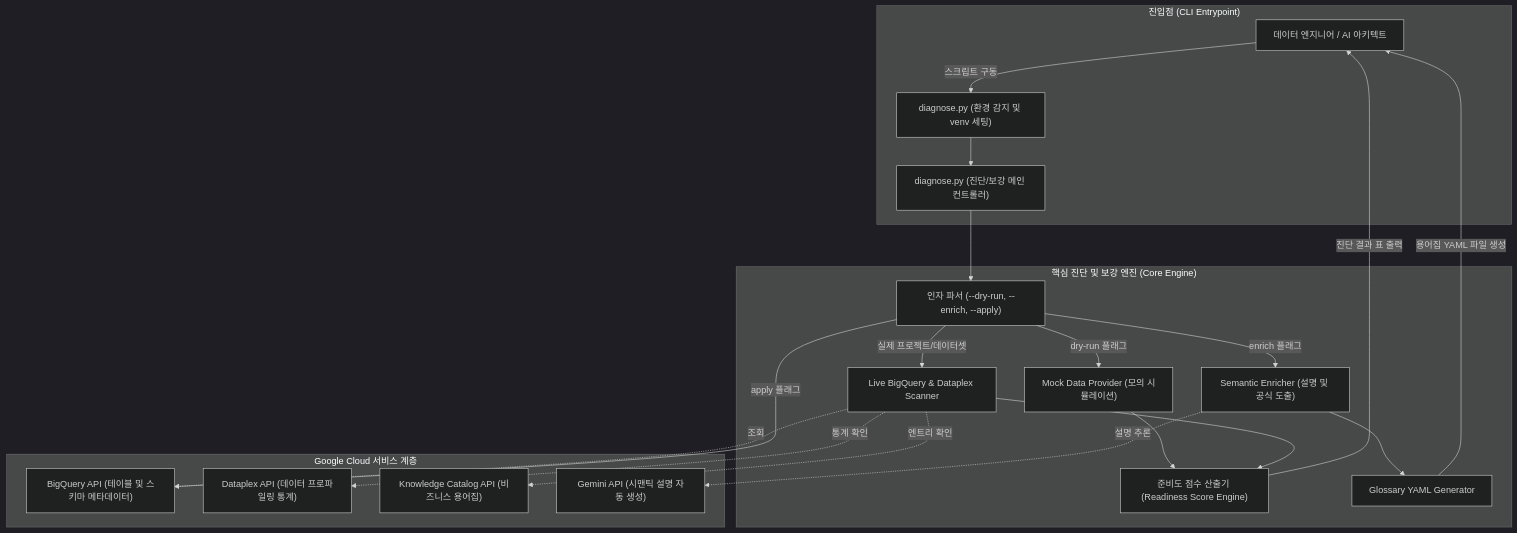
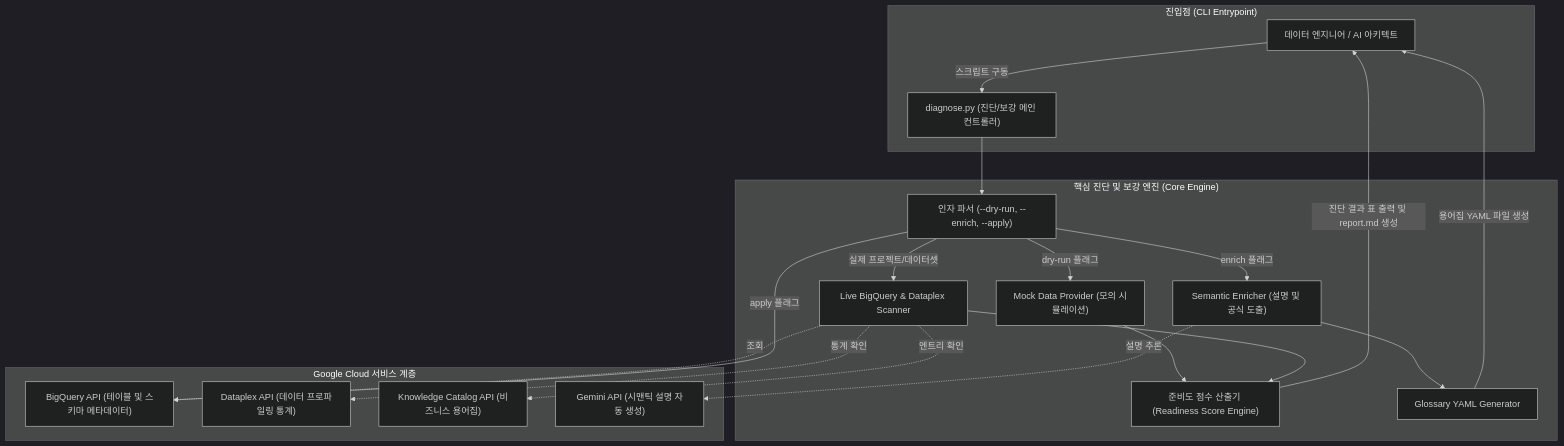
Before and after one commit to jiangjun-forge/google-cloud-0-to-1: the diagram in samples/bigquery-data-agent-semantic-enricher/docs/TDD.md, drawn with Mermaid (dark theme). The commit also changed other lines of this file and 193 other files, not shown here.

````diff
--- a/samples/bigquery-data-agent-semantic-enricher/docs/TDD.md
+++ b/samples/bigquery-data-agent-semantic-enricher/docs/TDD.md
@@ -33,41 +33,39 @@
 ```mermaid
 flowchart TD
     subgraph CLI_Entry["진입점 (CLI Entrypoint)"]
         User["데이터 엔지니어 / AI 아키텍트"]
-        RunSh["diagnose.py (환경 감지 및 venv 세팅)"]
         DiagnosePy["diagnose.py (진단/보강 메인 컨트롤러)"]
     end
 
     subgraph Core_Engine["핵심 진단 및 보강 엔진 (Core Engine)"]
         ArgParser["인자 파서 (--dry-run, --enrich, --apply)"]
         ScoreEngine["준비도 점수 산출기 (Readiness Score Engine)"]
         MockProvider["Mock Data Provider (모의 시뮬레이션)"]
         LiveScanner["Live BigQuery & Dataplex Scanner"]
         Enricher["Semantic Enricher (설명 및 공식 도출)"]
         YamlGen["Glossary YAML Generator"]
     end
 
     subgraph GCP_Services["Google Cloud 서비스 계층"]
         BQ_Schema["BigQuery API (테이블 및 스키마 메타데이터)"]
         Dataplex_Profile["Dataplex API (데이터 프로파일링 통계)"]
         Knowledge_Catalog["Knowledge Catalog API (비즈니스 용어집)"]
         Gemini_AI["Gemini API (시맨틱 설명 자동 생성)"]
     end
 
-    User -->|스크립트 구동| RunSh
-    RunSh --> DiagnosePy
+    User -->|스크립트 구동| DiagnosePy
     DiagnosePy --> ArgParser
     ArgParser -->|dry-run 플래그| MockProvider
     ArgParser -->|실제 프로젝트/데이터셋| LiveScanner
     LiveScanner -.->|조회| BQ_Schema
     LiveScanner -.->|통계 확인| Dataplex_Profile
     LiveScanner -.->|엔트리 확인| Knowledge_Catalog
     MockProvider --> ScoreEngine
     LiveScanner --> ScoreEngine
-    ScoreEngine -->|진단 결과 표 출력| User
+    ScoreEngine -->|진단 결과 표 출력 및 report.md 생성| User
     ArgParser -->|enrich 플래그| Enricher
     Enricher -.->|설명 추론| Gemini_AI
     Enricher --> YamlGen
     YamlGen -->|용어집 YAML 파일 생성| User
     ArgParser -->|apply 플래그| BQ_Schema
 ```
````
